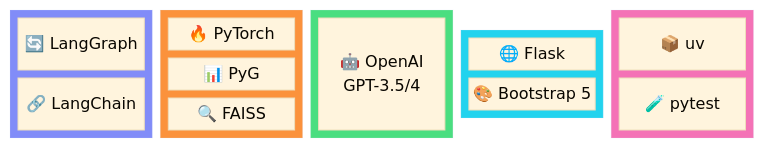
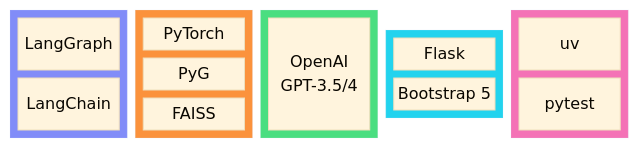
The fourth of 8 diagrams in README.md (AluminumShark/Social-Debate-AI), drawn with Mermaid before and after one commit. The commit also changed other lines of this file and 32 other files, not shown here.

````diff
--- a/README.md
+++ b/README.md
@@ -339,41 +339,41 @@
 ```mermaid
 %%{init: {'theme': 'base'}}%%
 block-beta
     columns 5
     
     block:orch:1
         columns 1
-        A["🔄 LangGraph"]
-        B["🔗 LangChain"]
+        A[" LangGraph"]
+        B[" LangChain"]
     end
     
     block:ml:1
         columns 1
-        C["🔥 PyTorch"]
-        D["📊 PyG"]
-        E["🔍 FAISS"]
+        C[" PyTorch"]
+        D[" PyG"]
+        E[" FAISS"]
     end
     
     block:llm:1
         columns 1
-        F["🤖 OpenAI<br/>GPT-3.5/4"]
+        F[" OpenAI<br/>GPT-3.5/4"]
     end
     
     block:web:1
         columns 1
-        G["🌐 Flask"]
-        H["🎨 Bootstrap 5"]
+        G[" Flask"]
+        H[" Bootstrap 5"]
     end
     
     block:tools:1
         columns 1
-        I["📦 uv"]
-        J["🧪 pytest"]
+        I[" uv"]
+        J[" pytest"]
     end
 
     style orch fill:#818cf8,color:#fff
     style ml fill:#fb923c,color:#fff
     style llm fill:#4ade80,color:#fff
     style web fill:#22d3ee,color:#fff
     style tools fill:#f472b6,color:#fff
 ```
````
